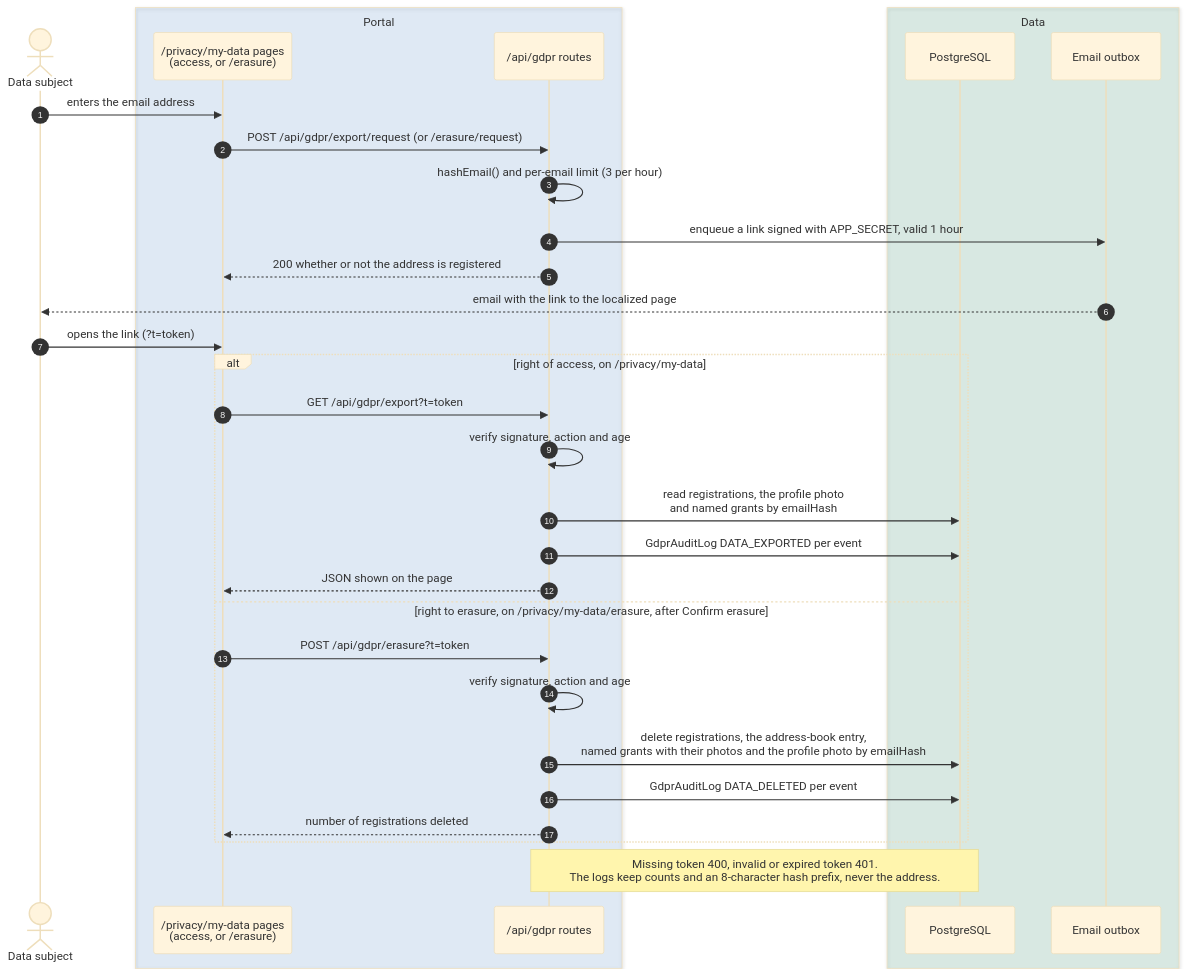
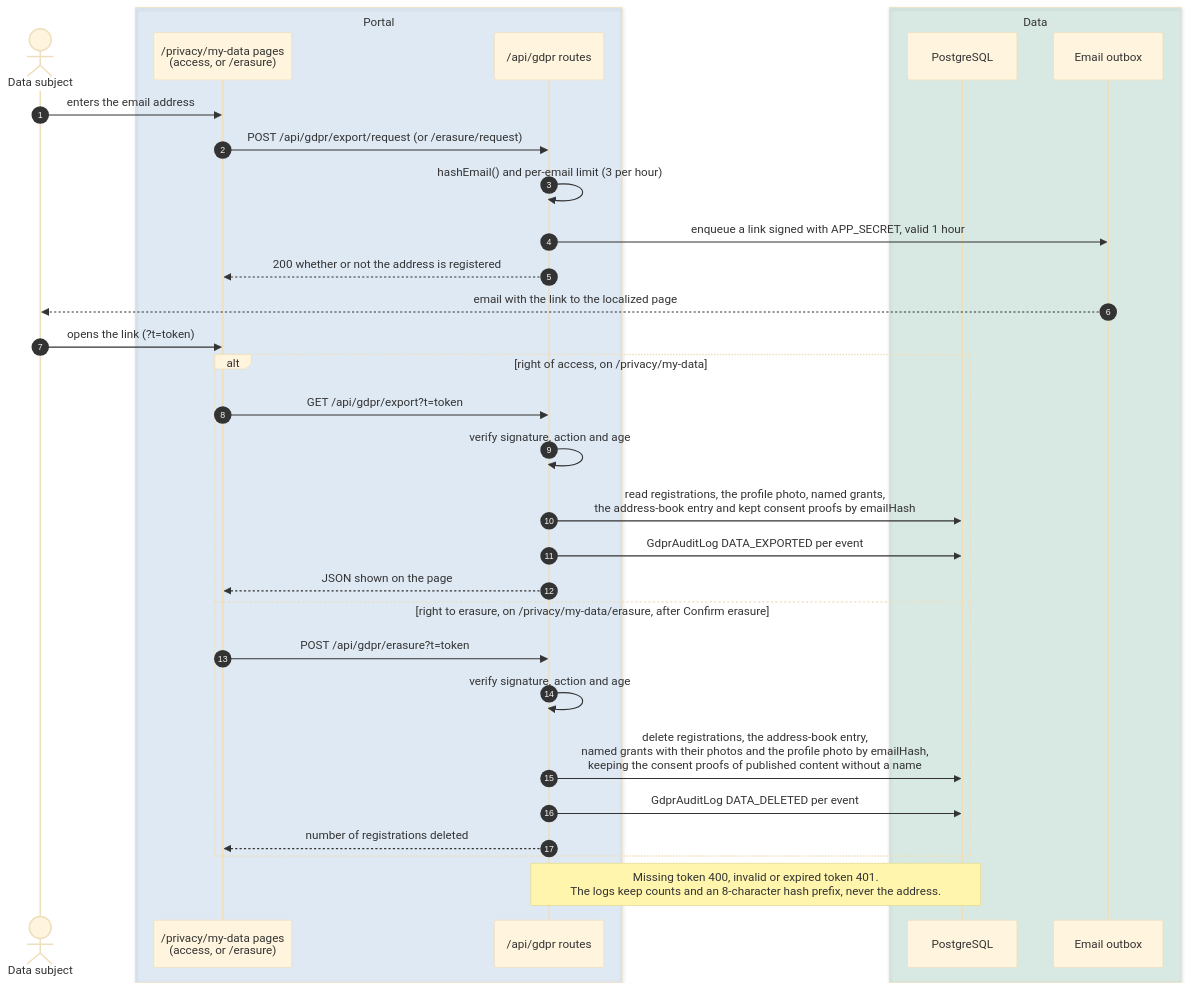
Before and after one commit to italia/pa-webinar: the third of 3 diagrams in docs/GDPR.md, drawn with Mermaid (base theme). The commit also changed other lines of this file and 18 other files, not shown here.

````diff
--- a/docs/GDPR.md
+++ b/docs/GDPR.md
@@ -306,35 +384,35 @@
 ```mermaid
 sequenceDiagram
   autonumber
   actor P as Data subject
   box rgba(0,102,204,0.10) Portal
     participant W as /privacy/my-data pages<br/>(access, or /erasure)
     participant API as /api/gdpr routes
   end
   box rgba(0,128,85,0.12) Data
     participant DB as PostgreSQL
     participant OB as Email outbox
   end
 
   P->>W: enters the email address
   W->>API: POST /api/gdpr/export/request (or /erasure/request)
   API->>API: hashEmail() and per-email limit (3 per hour)
   API->>OB: enqueue a link signed with APP_SECRET, valid 1 hour
   API-->>W: 200 whether or not the address is registered
   OB-->>P: email with the link to the localized page
   P->>W: opens the link (?t=token)
   alt right of access, on /privacy/my-data
     W->>API: GET /api/gdpr/export?t=token
     API->>API: verify signature, action and age
-    API->>DB: read registrations, the profile photo<br/>and named grants by emailHash
+    API->>DB: read registrations, the profile photo, named grants,<br/>the address-book entry and kept consent proofs by emailHash
     API->>DB: GdprAuditLog DATA_EXPORTED per event
     API-->>W: JSON shown on the page
   else right to erasure, on /privacy/my-data/erasure, after Confirm erasure
     W->>API: POST /api/gdpr/erasure?t=token
     API->>API: verify signature, action and age
-    API->>DB: delete registrations, the address-book entry,<br/>named grants with their photos and the profile photo by emailHash
+    API->>DB: delete registrations, the address-book entry,<br/>named grants with their photos and the profile photo by emailHash,<br/>keeping the consent proofs of published content without a name
     API->>DB: GdprAuditLog DATA_DELETED per event
     API-->>W: number of registrations deleted
   end
   Note over API,DB: Missing token 400, invalid or expired token 401.<br/>The logs keep counts and an 8-character hash prefix, never the address.
 ```
````
